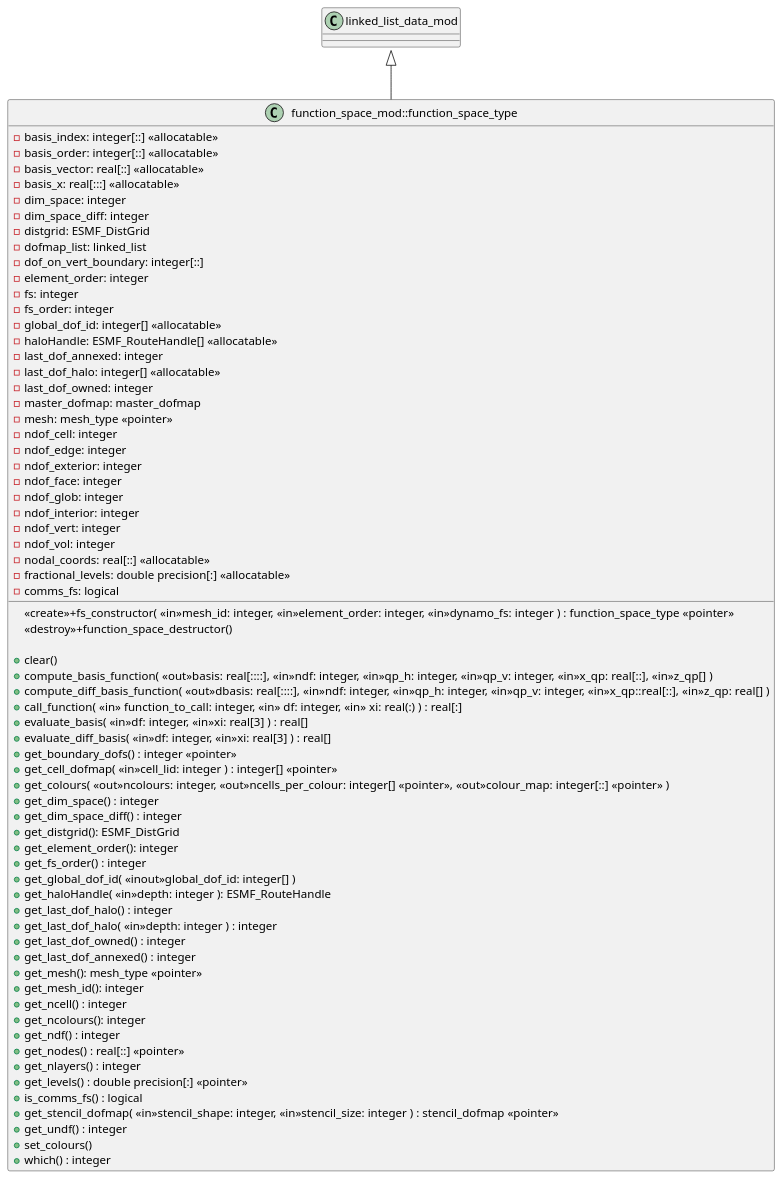
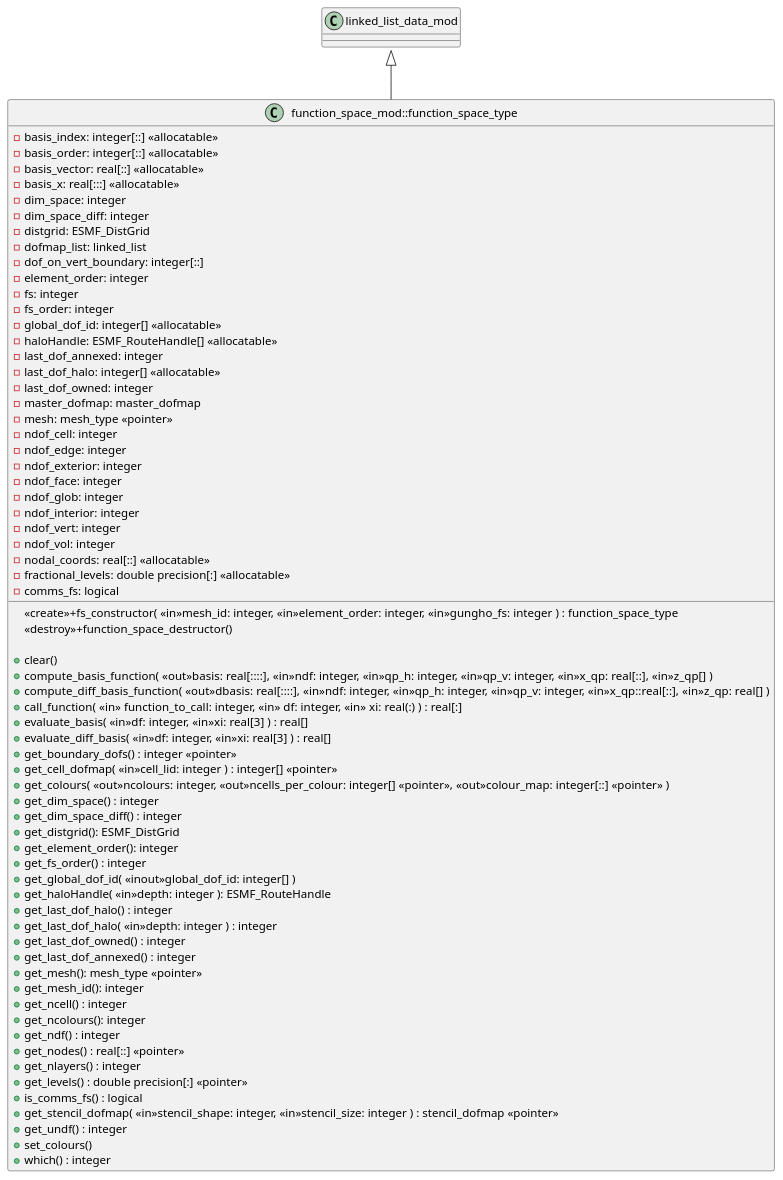
The diagram in gungho/documentation/uml/field/function_space_mod.iuml (allynt/lfric_core), drawn with PlantUML before and after one commit. The commit also changed 89 other files, not shown here.

```diff
--- a/gungho/documentation/uml/field/function_space_mod.iuml
+++ b/gungho/documentation/uml/field/function_space_mod.iuml
@@ -1,75 +1,75 @@
 ' Copyright (c) 2017,  Met Office, on behalf of HMSO and Queen's Printer
 ' For further details please refer to the file LICENCE.original which you
 ' should have received as part of this distribution.
 
 class function_space_mod::function_space_type {
     -basis_index: integer[::] <<allocatable>>
     -basis_order: integer[::] <<allocatable>>
     -basis_vector: real[::] <<allocatable>>
     -basis_x: real[:::] <<allocatable>>
     -dim_space: integer
     -dim_space_diff: integer
     -distgrid: ESMF_DistGrid
     -dofmap_list: linked_list
     -dof_on_vert_boundary: integer[::]
     -element_order: integer
     -fs: integer
     -fs_order: integer
     -global_dof_id: integer[] <<allocatable>>
     -haloHandle: ESMF_RouteHandle[] <<allocatable>>
     -last_dof_annexed: integer
     -last_dof_halo: integer[] <<allocatable>>
     -last_dof_owned: integer
     -master_dofmap: master_dofmap
     -mesh: mesh_type <<pointer>>
     -ndof_cell: integer
     -ndof_edge: integer
     -ndof_exterior: integer
     -ndof_face: integer
     -ndof_glob: integer
     -ndof_interior: integer
     -ndof_vert: integer
     -ndof_vol: integer
     -nodal_coords: real[::] <<allocatable>>
     -fractional_levels: double precision[:] <<allocatable>>
     -comms_fs: logical
 
-    <<create>>+fs_constructor( <<in>>mesh_id: integer, <<in>>element_order: integer, <<in>>dynamo_fs: integer ) : function_space_type <<pointer>>
+    <<create>>+fs_constructor( <<in>>mesh_id: integer, <<in>>element_order: integer, <<in>>gungho_fs: integer ) : function_space_type
     <<destroy>>+function_space_destructor()
 
     +clear()
     +compute_basis_function( <<out>>basis: real[::::], <<in>>ndf: integer, <<in>>qp_h: integer, <<in>>qp_v: integer, <<in>>x_qp: real[::], <<in>>z_qp[] )
     +compute_diff_basis_function( <<out>>dbasis: real[::::], <<in>>ndf: integer, <<in>>qp_h: integer, <<in>>qp_v: integer, <<in>>x_qp::real[::], <<in>>z_qp: real[] )
     +call_function( <<in>> function_to_call: integer, <<in>> df: integer, <<in>> xi: real(:) ) : real[:]
     +evaluate_basis( <<in>>df: integer, <<in>>xi: real[3] ) : real[]
     +evaluate_diff_basis( <<in>>df: integer, <<in>>xi: real[3] ) : real[]
     +get_boundary_dofs() : integer <<pointer>>
     +get_cell_dofmap( <<in>>cell_lid: integer ) : integer[] <<pointer>>
     +get_colours( <<out>>ncolours: integer, <<out>>ncells_per_colour: integer[] <<pointer>>, <<out>>colour_map: integer[::] <<pointer>> )
     +get_dim_space() : integer
     +get_dim_space_diff() : integer
     +get_distgrid(): ESMF_DistGrid
     +get_element_order(): integer
     +get_fs_order() : integer
     +get_global_dof_id( <<inout>>global_dof_id: integer[] )
     +get_haloHandle( <<in>>depth: integer ): ESMF_RouteHandle
     +get_last_dof_halo() : integer
     +get_last_dof_halo( <<in>>depth: integer ) : integer
     +get_last_dof_owned() : integer
     +get_last_dof_annexed() : integer
     +get_mesh(): mesh_type <<pointer>>
     +get_mesh_id(): integer
     +get_ncell() : integer
     +get_ncolours(): integer
     +get_ndf() : integer
     +get_nodes() : real[::] <<pointer>>
     +get_nlayers() : integer
     +get_levels() : double precision[:] <<pointer>>
     +is_comms_fs() : logical
     +get_stencil_dofmap( <<in>>stencil_shape: integer, <<in>>stencil_size: integer ) : stencil_dofmap <<pointer>>
     +get_undf() : integer
     +set_colours()
     +which() : integer
 }
 
 linked_list_data_mod::linked_list_data_type <|-- function_space_mod::function_space_type
```
